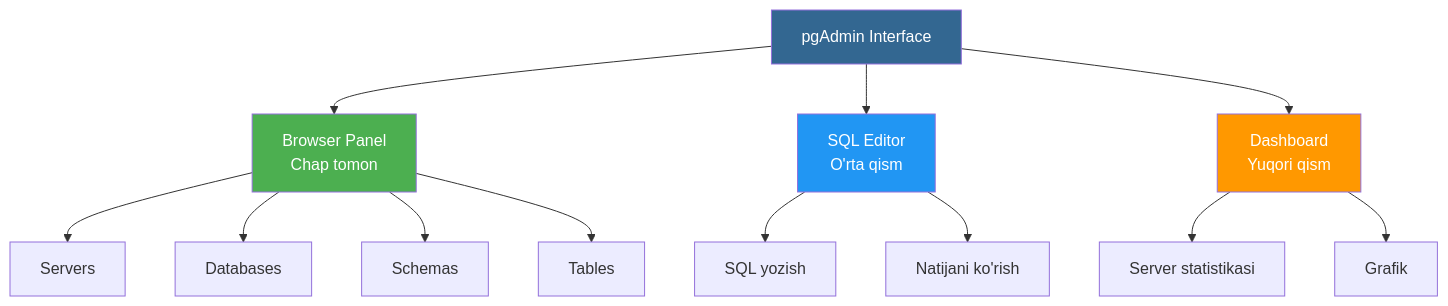
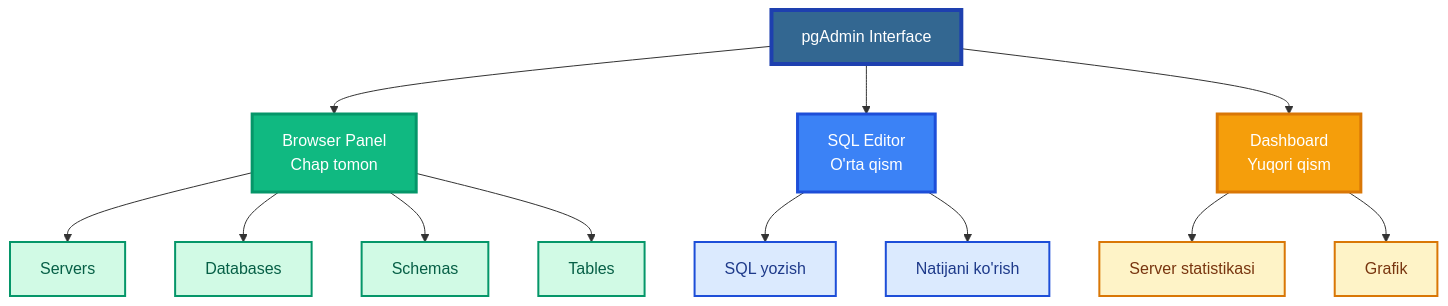
The eighth of 8 diagrams in 01-postgresql/README.md (deepcode-academy/PSQL-Tutorials), drawn with Mermaid before and after one commit. The commit also changed other lines of this file, not shown here.

````diff
--- a/01-postgresql/README.md
+++ b/01-postgresql/README.md
@@ -625,22 +589,30 @@
 ```mermaid
 graph TB
     A[pgAdmin Interface] --> B[Browser Panel<br/>Chap tomon]
     A --> C[SQL Editor<br/>O'rta qism]
     A --> D[Dashboard<br/>Yuqori qism]
     
     B --> B1[Servers]
     B --> B2[Databases]
     B --> B3[Schemas]
     B --> B4[Tables]
     
     C --> C1[SQL yozish]
     C --> C2[Natijani ko'rish]
     
     D --> D1[Server statistikasi]
     D --> D2[Grafik]
     
-    style A fill:#336791,color:#fff
-    style B fill:#4CAF50,color:#fff
-    style C fill:#2196F3,color:#fff
-    style D fill:#FF9800,color:#fff
+    style A fill:#336791,color:#fff,stroke:#1e40af,stroke-width:4px
+    style B fill:#10b981,color:#fff,stroke:#059669,stroke-width:3px
+    style C fill:#3b82f6,color:#fff,stroke:#1d4ed8,stroke-width:3px
+    style D fill:#f59e0b,color:#fff,stroke:#d97706,stroke-width:3px
+    style B1 fill:#d1fae5,color:#065f46,stroke:#059669,stroke-width:2px
+    style B2 fill:#d1fae5,color:#065f46,stroke:#059669,stroke-width:2px
+    style B3 fill:#d1fae5,color:#065f46,stroke:#059669,stroke-width:2px
+    style B4 fill:#d1fae5,color:#065f46,stroke:#059669,stroke-width:2px
+    style C1 fill:#dbeafe,color:#1e3a8a,stroke:#1d4ed8,stroke-width:2px
+    style C2 fill:#dbeafe,color:#1e3a8a,stroke:#1d4ed8,stroke-width:2px
+    style D1 fill:#fef3c7,color:#78350f,stroke:#d97706,stroke-width:2px
+    style D2 fill:#fef3c7,color:#78350f,stroke:#d97706,stroke-width:2px
 ```
````
